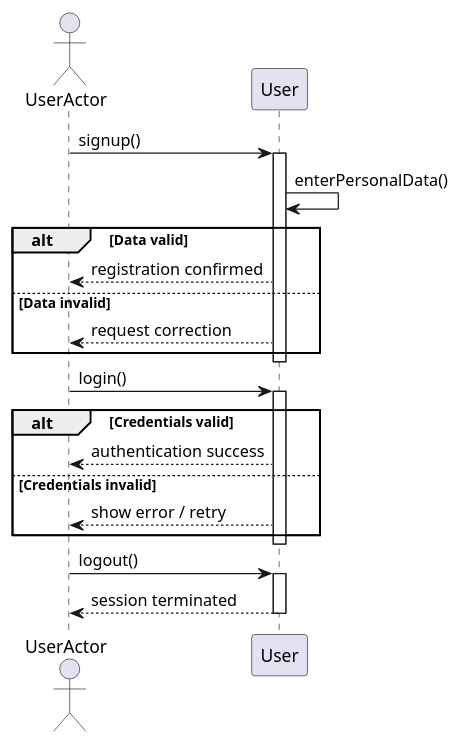
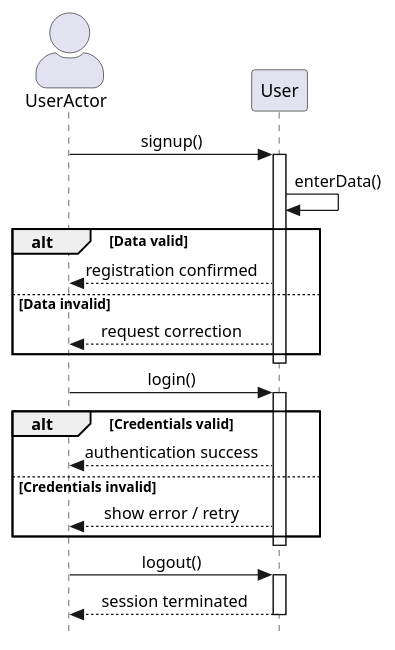
Before and after one commit to Formola/progettazione-hotel: the diagram in docs/plantuml/analisi/sequence_auth.puml, drawn with PlantUML. The commit also changed 12 other files, not shown here.

Commit message:
Aggiorna diagrammi e file generati analisi

```diff
--- a/docs/plantuml/analisi/sequence_auth.puml
+++ b/docs/plantuml/analisi/sequence_auth.puml
@@ -1,31 +1,38 @@
-@startuml sequence_auth
+@startuml sequence_auth_strict
+skinparam actorStyle awesome
+skinparam style strictuml
+skinparam sequenceMessageAlign center
+
 actor UserActor as UA
 participant User as U
+
+' Declare lifelines upfront
+
 
 ' Signup
 UA -> U: signup()
 activate U
-U -> U: enterPersonalData()
+U -> U: enterData()
 alt Data valid
     U --> UA: registration confirmed
 else Data invalid
     U --> UA: request correction
 end
 deactivate U
 
 ' Login
 UA -> U: login()
 activate U
 alt Credentials valid
     U --> UA: authentication success
 else Credentials invalid
     U --> UA: show error / retry
 end
 deactivate U
 
 ' Logout
 UA -> U: logout()
 activate U
 U --> UA: session terminated
 deactivate U
 @enduml
```
